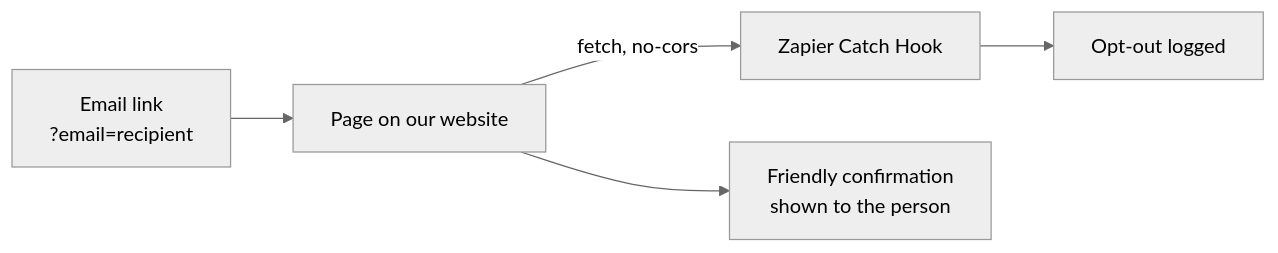
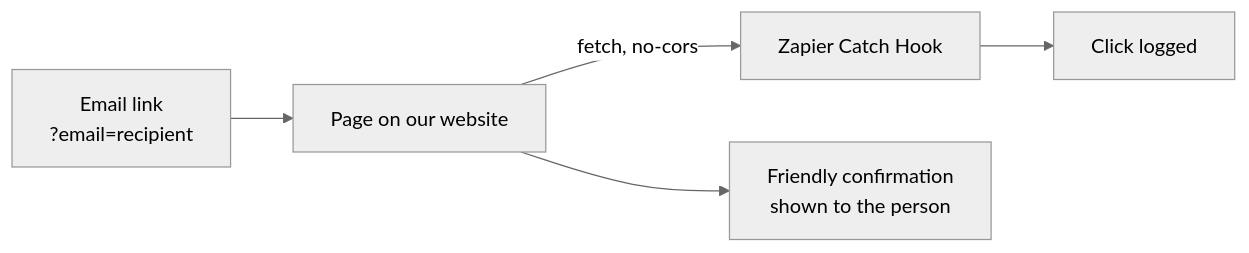
One commit to alynen/email-click-webhooks changed the diagram in README.md. Above: the diagram before and after it, drawn with Mermaid (neutral theme). The commit also changed other lines of this file and 1 other file, not shown here.

````diff
--- a/README.md
+++ b/README.md
@@ -13,7 +18,7 @@
 ```mermaid
 flowchart LR
     A[Email link<br/>?email=recipient] --> B[Page on our website]
     B -- fetch, no-cors --> C[Zapier Catch Hook]
-    C --> D[Opt-out logged]
+    C --> D[Click logged]
     B --> E[Friendly confirmation<br/>shown to the person]
 ```
````
